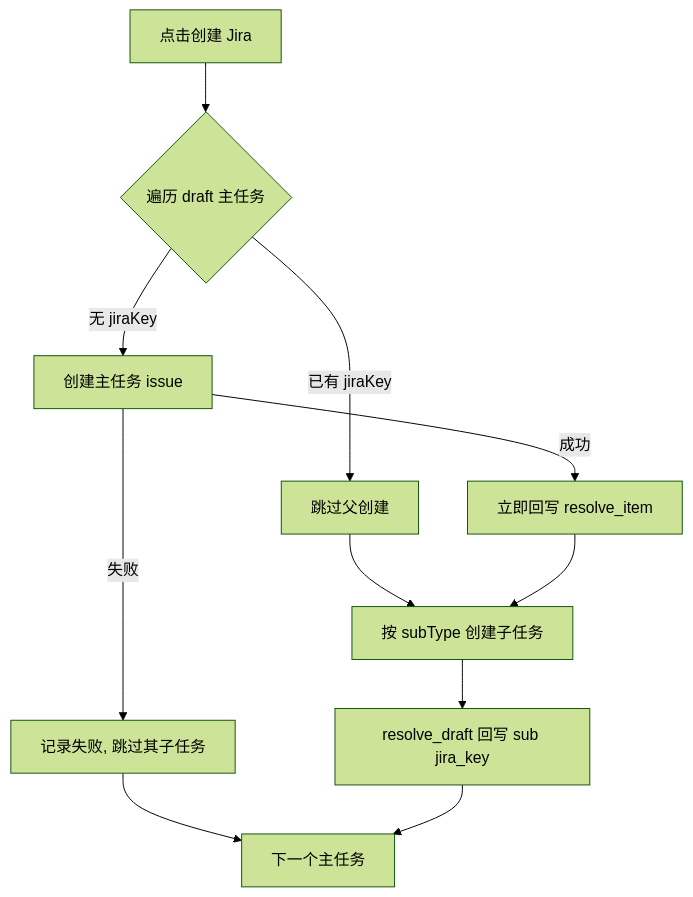
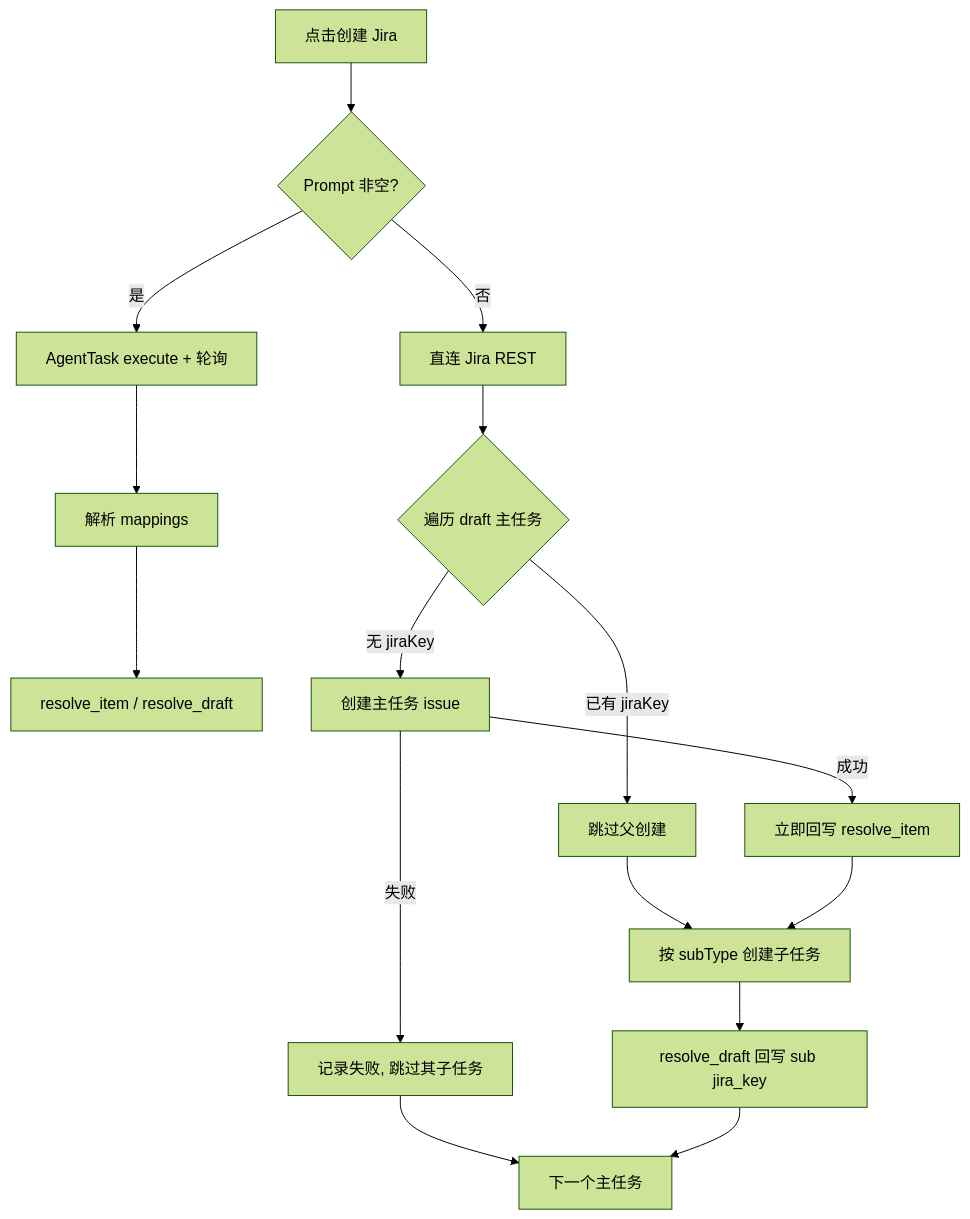
Before and after one commit to ee01/Personal-AI: the diagram in docs/features/personal_roadmap.md, drawn with Mermaid (forest theme). The commit also changed other lines of this file and 81 other files, not shown here.

First line of the commit message:
feat: land agent executor runtime and roadmap agent create

````diff
--- a/docs/features/personal_roadmap.md
+++ b/docs/features/personal_roadmap.md
@@ -81,13 +107,18 @@
 ```mermaid
 flowchart TD
-    Start[点击创建 Jira] --> Loop{遍历 draft 主任务}
+    Start[点击创建 Jira] --> Mode{Prompt 非空?}
+    Mode -->|否| Direct[直连 Jira REST]
+    Mode -->|是| Agent[AgentTask execute + 轮询]
+    Direct --> Loop{遍历 draft 主任务}
+    Agent --> Map[解析 mappings]
+    Map --> ResolveAll[resolve_item / resolve_draft]
     Loop -->|已有 jiraKey| SkipParent[跳过父创建]
     Loop -->|无 jiraKey| CreateParent[创建主任务 issue]
     CreateParent -->|失败| MarkFail[记录失败, 跳过其子任务]
     CreateParent -->|成功| ResolveItem[立即回写 resolve_item]
     SkipParent --> Children
     ResolveItem --> Children[按 subType 创建子任务]
     Children --> ResolveDraft[resolve_draft 回写 sub jira_key]
     MarkFail --> Next[下一个主任务]
     ResolveDraft --> Next
 ```
````
